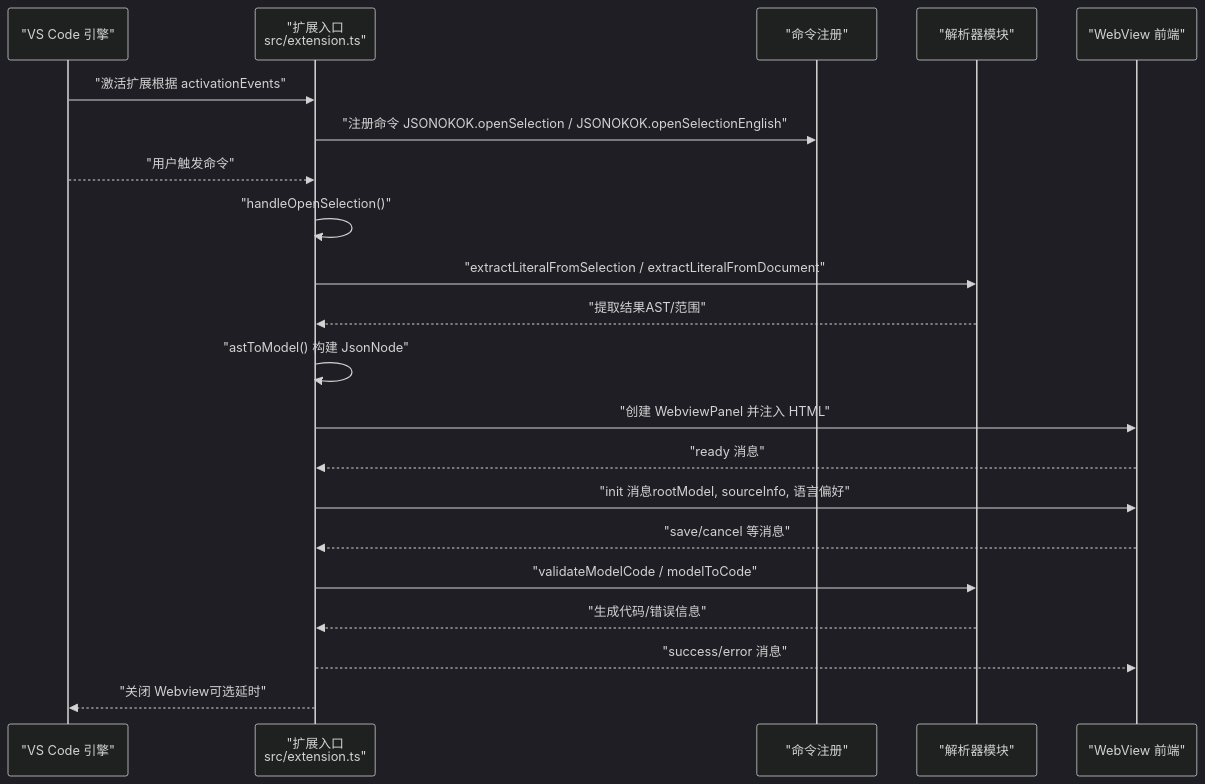
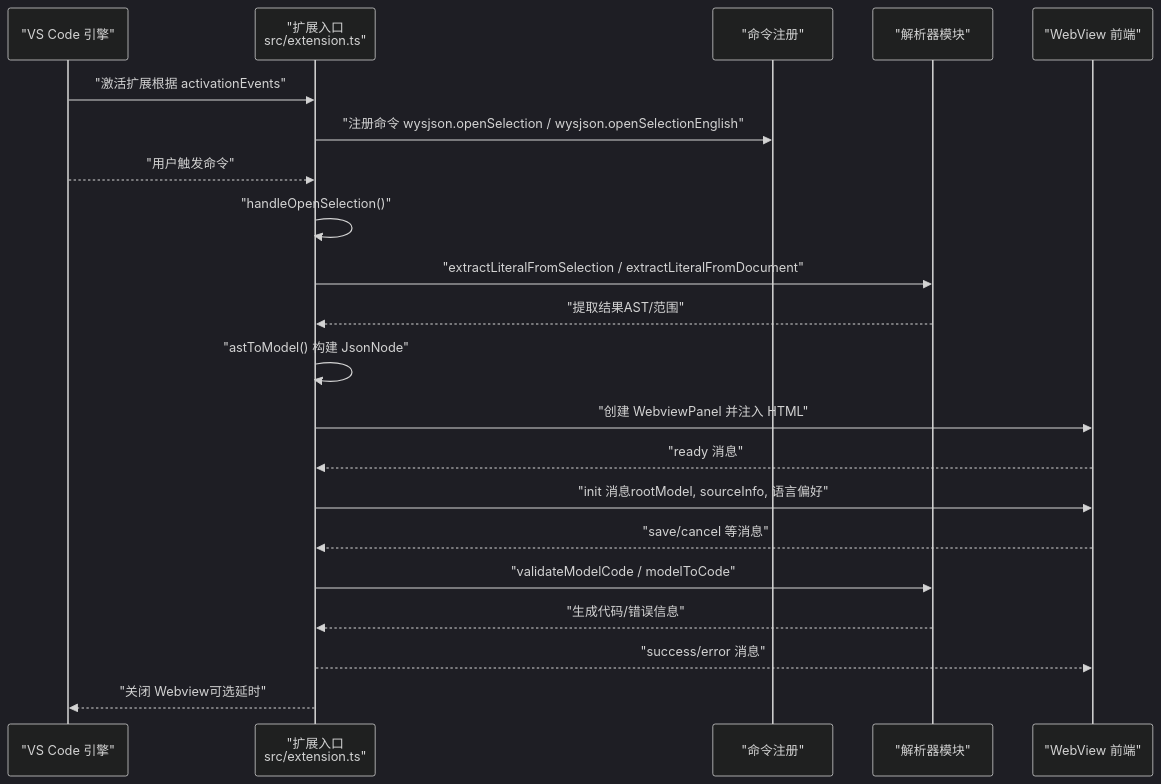
Before and after one commit to meiok1/wysjson: the second of 3 diagrams in .qoder/repowiki/zh/content/核心架构设计/扩展入口和生命周期.md, drawn with Mermaid (dark theme). The commit also changed other lines of this file and 45 other files, not shown here.

````diff
--- a/.qoder/repowiki/zh/content/核心架构设计/扩展入口和生命周期.md
+++ b/.qoder/repowiki/zh/content/核心架构设计/扩展入口和生命周期.md
@@ -90,23 +100,23 @@
 ```mermaid
 sequenceDiagram
 participant VS as "VS Code 引擎"
 participant Ext as "扩展入口<br/>src/extension.ts"
 participant Cmd as "命令注册"
 participant Parser as "解析器模块"
 participant WV as "WebView 前端"
 VS->>Ext : "激活扩展根据 activationEvents"
-Ext->>Cmd : "注册命令 JSONOKOK.openSelection / JSONOKOK.openSelectionEnglish"
+Ext->>Cmd : "注册命令 wysjson.openSelection / wysjson.openSelectionEnglish"
 VS-->>Ext : "用户触发命令"
 Ext->>Ext : "handleOpenSelection()"
 Ext->>Parser : "extractLiteralFromSelection / extractLiteralFromDocument"
 Parser-->>Ext : "提取结果AST/范围"
 Ext->>Ext : "astToModel() 构建 JsonNode"
 Ext->>WV : "创建 WebviewPanel 并注入 HTML"
 WV-->>Ext : "ready 消息"
 Ext->>WV : "init 消息rootModel, sourceInfo, 语言偏好"
 WV-->>Ext : "save/cancel 等消息"
 Ext->>Parser : "validateModelCode / modelToCode"
 Parser-->>Ext : "生成代码/错误信息"
 Ext-->>WV : "success/error 消息"
 Ext-->>VS : "关闭 Webview可选延时"
 ```
````
